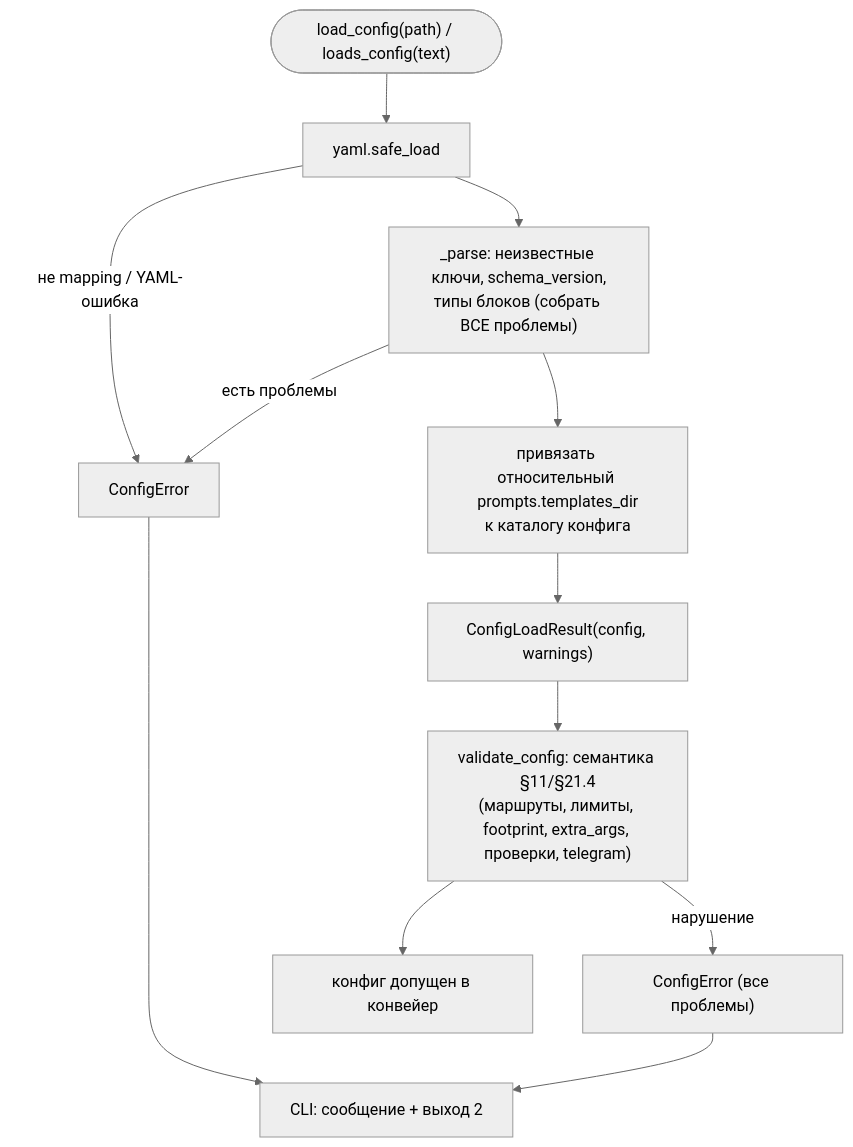
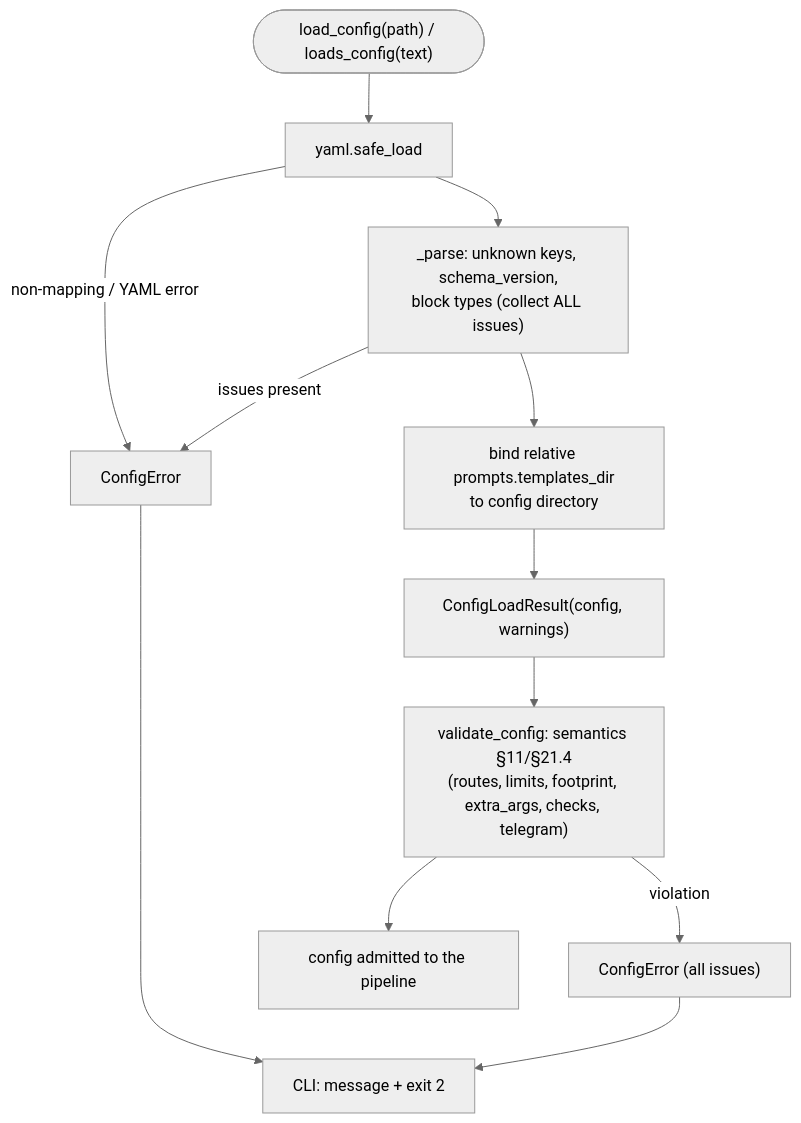
Before and after one commit to VladimirMakarevich/wastech-orchestrator: the diagram in docs/functional/blocks/B05-configuration.md, drawn with Mermaid (neutral theme). The commit also changed other lines of this file and 41 other files, not shown here.

Commit message:
docs: translate system flows documentation from Russian to English, ensuring clarity and consistency in terminology. Update sequence diagrams and flowcharts to reflect the changes in language. Maintain the structure and references to blocks for ease of navigation.

````diff
--- a/docs/functional/blocks/B05-configuration.md
+++ b/docs/functional/blocks/B05-configuration.md
@@ -51,14 +51,14 @@
 ```mermaid
 flowchart TB
     start(["load_config(path) / loads_config(text)"]) --> y["yaml.safe_load"]
-    y -->|"не mapping / YAML-ошибка"| e1["ConfigError"]
-    y --> parse["_parse: неизвестные ключи, schema_version,<br/>типы блоков (собрать ВСЕ проблемы)"]
-    parse -->|"есть проблемы"| e1
-    parse --> bind["привязать относительный prompts.templates_dir<br/>к каталогу конфига"]
+    y -->|"non-mapping / YAML error"| e1["ConfigError"]
+    y --> parse["_parse: unknown keys, schema_version,<br/>block types (collect ALL issues)"]
+    parse -->|"issues present"| e1
+    parse --> bind["bind relative prompts.templates_dir<br/>to config directory"]
     bind --> res["ConfigLoadResult(config, warnings)"]
-    res --> val["validate_config: семантика §11/§21.4<br/>(маршруты, лимиты, footprint, extra_args, проверки, telegram)"]
-    val -->|нарушение| e2["ConfigError (все проблемы)"]
-    val --> ok["конфиг допущен в конвейер"]
-    e1 --> exit2["CLI: сообщение + выход 2"]
+    res --> val["validate_config: semantics §11/§21.4<br/>(routes, limits, footprint, extra_args, checks, telegram)"]
+    val -->|violation| e2["ConfigError (all issues)"]
+    val --> ok["config admitted to the pipeline"]
+    e1 --> exit2["CLI: message + exit 2"]
     e2 --> exit2
 ```
````
